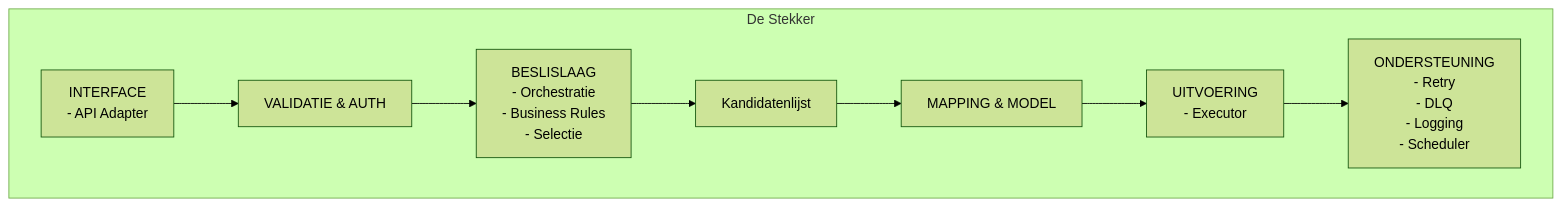
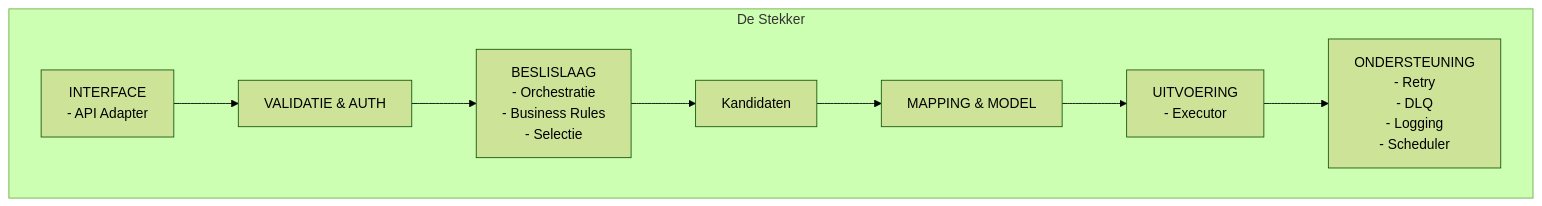
Before and after one commit to GemeenteArnhem/Vernietigingscockpit: the diagram in architectuur/architectuur-stekker.md, drawn with Mermaid (forest theme). The commit also changed other lines of this file and 48 other files, not shown here.

````diff
--- a/architectuur/architectuur-stekker.md
+++ b/architectuur/architectuur-stekker.md
@@ -80,25 +80,25 @@
 ```mermaid
 flowchart TD
 
     subgraph S["De Stekker"]
         B["INTERFACE
         - API Adapter"]
         C["VALIDATIE & AUTH"]
         D["BESLISLAAG
         - Orchestratie
         - Business Rules
         - Selectie"]
-        E["Kandidatenlijst"]
+        E["Kandidaten"]
         F["MAPPING & MODEL"]
         G["UITVOERING
         - Executor"]
         H["ONDERSTEUNING
         - Retry
         - DLQ
         - Logging
         - Scheduler"]
     end
 
     B --> C --> D --> E --> F --> G
     G --> H
 ```
````
